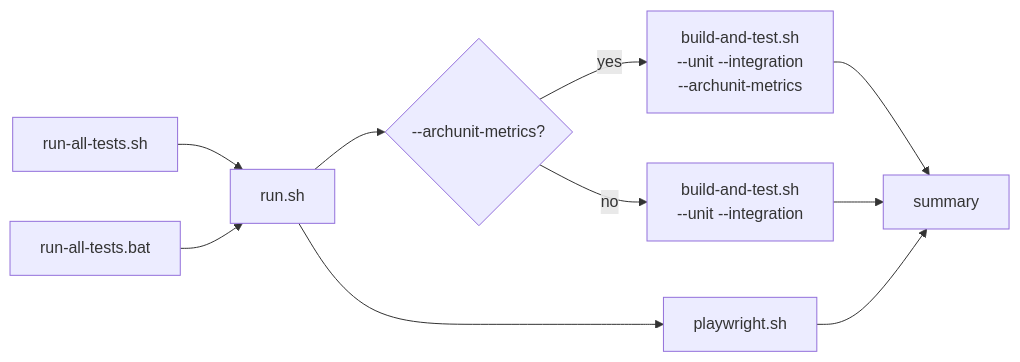
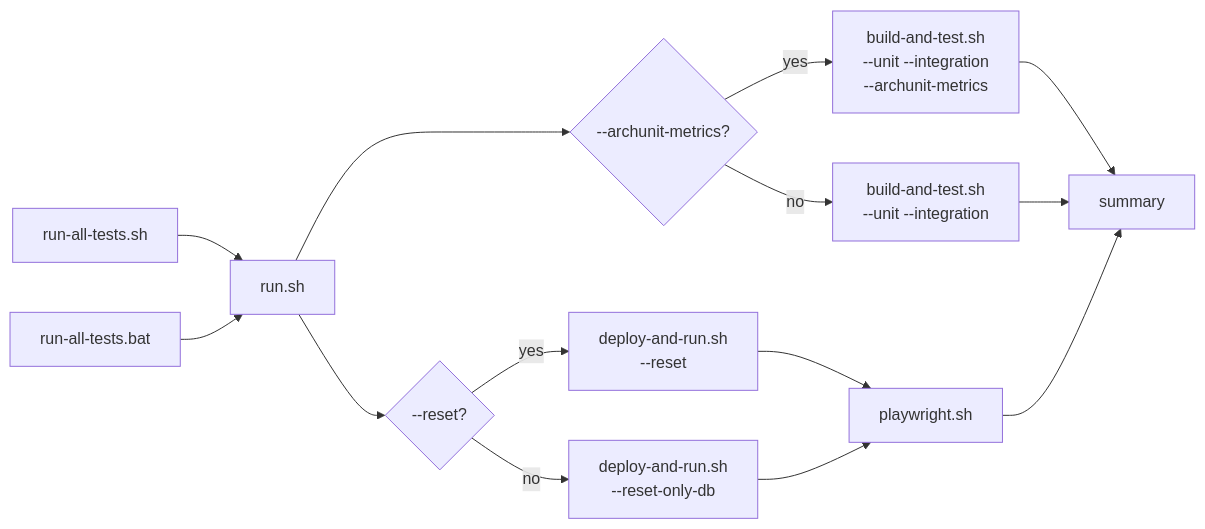
One commit to OstMutant/Advertisement changed the diagram in scripts/run-all-tests/README.md. Above: the diagram before and after it, drawn with Mermaid. The commit also changed other lines of this file and 27 other files, not shown here.

````diff
--- a/scripts/run-all-tests/README.md
+++ b/scripts/run-all-tests/README.md
@@ -18,12 +18,14 @@
 ```mermaid
 flowchart LR
     A1[run-all-tests.sh] --> R[run.sh]
     A2[run-all-tests.bat] --> R
     R --> C{"--archunit-metrics?"}
     C -->|yes| B["build-and-test.sh<br/>--unit --integration<br/>--archunit-metrics"]
     C -->|no| B2["build-and-test.sh<br/>--unit --integration"]
-    R --> P[playwright.sh]
+    R --> D{"--reset?"}
+    D -->|yes| D1["deploy-and-run.sh<br/>--reset"] --> P[playwright.sh]
+    D -->|no| D2["deploy-and-run.sh<br/>--reset-only-db"] --> P
     B --> S[summary]
     B2 --> S
     P --> S
 ```
````
